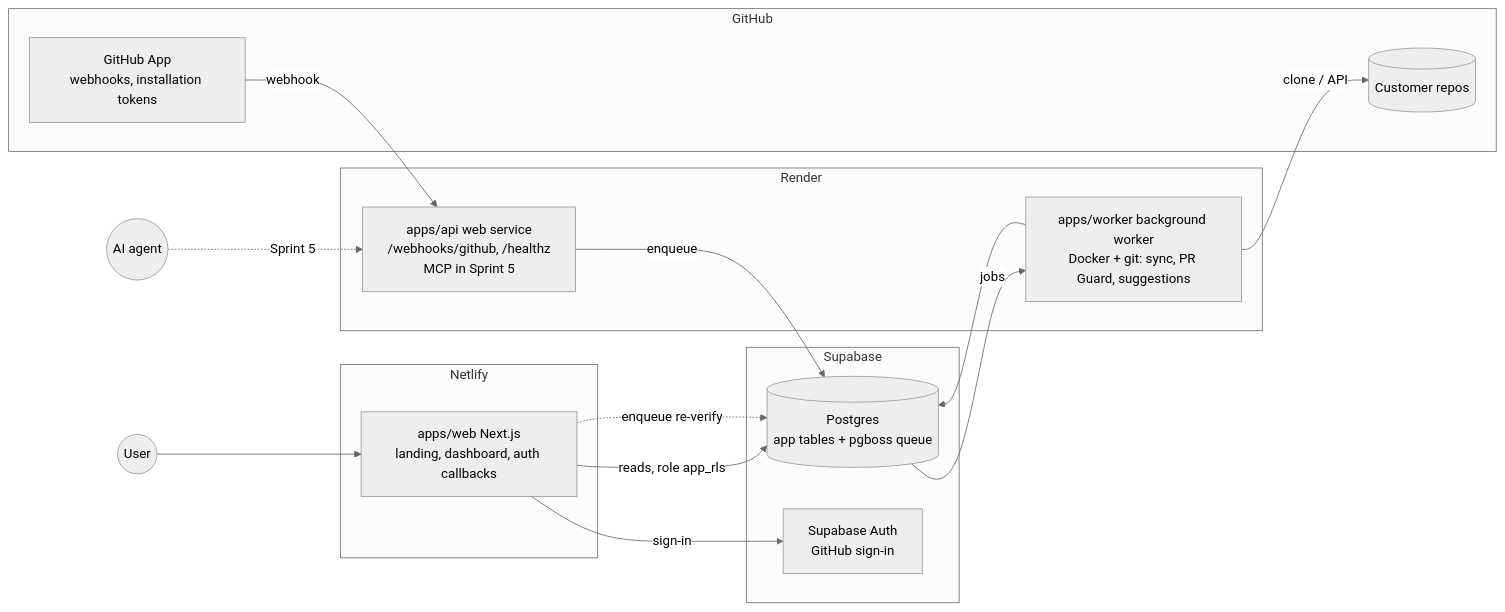
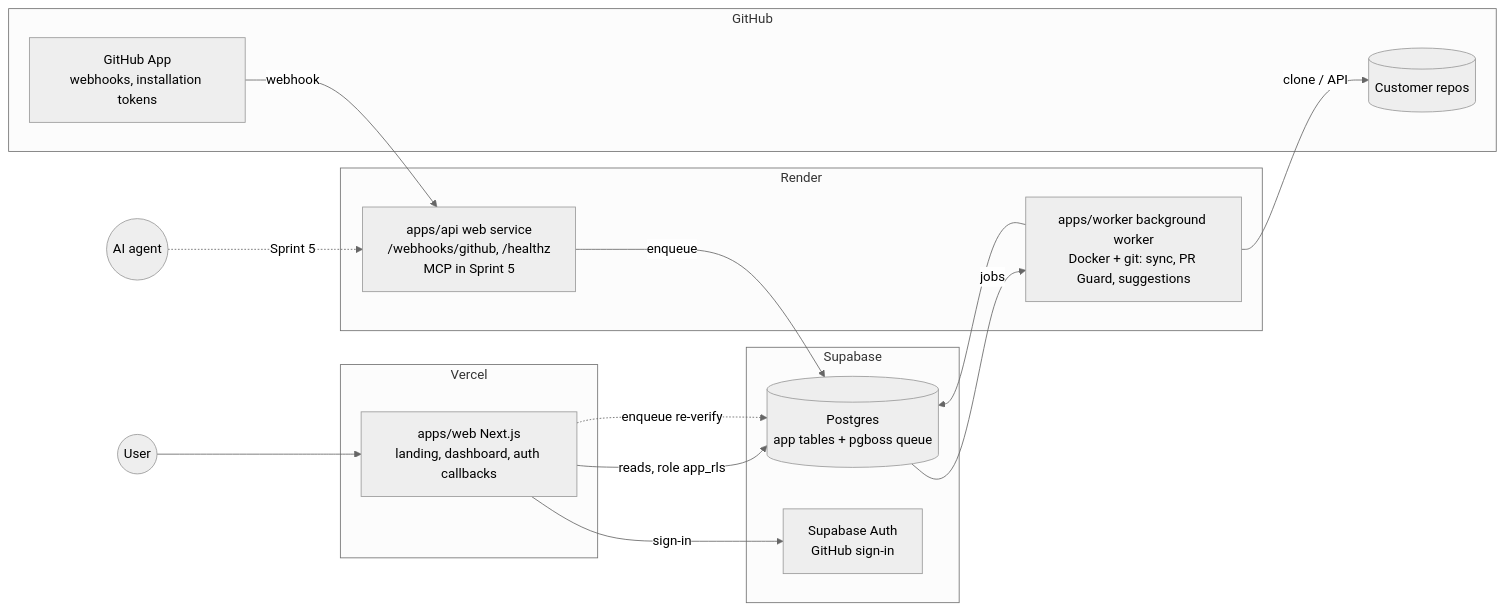
One commit to kishore600/whyanchor changed the diagram in docs/sprint-0-plan.md. Above: the diagram before and after it, drawn with Mermaid (neutral theme). The commit also changed other lines of this file and 4 other files, not shown here.

````diff
--- a/docs/sprint-0-plan.md
+++ b/docs/sprint-0-plan.md
@@ -397,28 +404,28 @@
 ```mermaid
 flowchart LR
   subgraph GH[GitHub]
     APP[GitHub App<br/>webhooks, installation tokens]
     REPO[(Customer repos)]
   end
-  subgraph NL[Netlify]
+  subgraph NL[Vercel]
     WEB[apps/web Next.js<br/>landing, dashboard, auth callbacks]
   end
   subgraph RD[Render]
     API[apps/api web service<br/>/webhooks/github, /healthz<br/>MCP in Sprint 5]
     WRK[apps/worker background worker<br/>Docker + git: sync, PR Guard, suggestions]
   end
   subgraph SB[Supabase]
     PG[(Postgres<br/>app tables + pgboss queue)]
     AUTH[Supabase Auth<br/>GitHub sign-in]
   end
   USER((User)) --> WEB
   AGENT((AI agent)) -.Sprint 5.-> API
   APP -- webhook --> API
   API -- enqueue --> PG
   PG -- jobs --> WRK
   WRK -- clone / API --> REPO
   WRK --> PG
   WEB -- reads, role app_rls --> PG
   WEB -- sign-in --> AUTH
   WEB -. enqueue re-verify .-> PG
 ```
````
